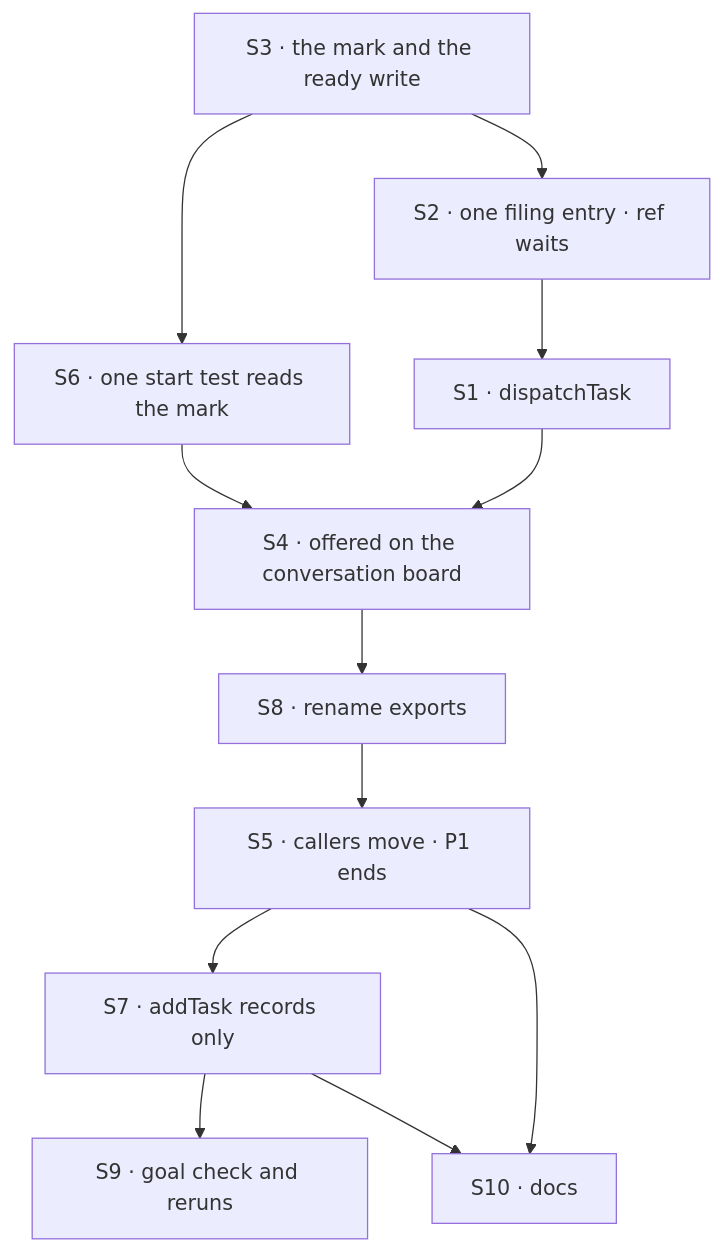
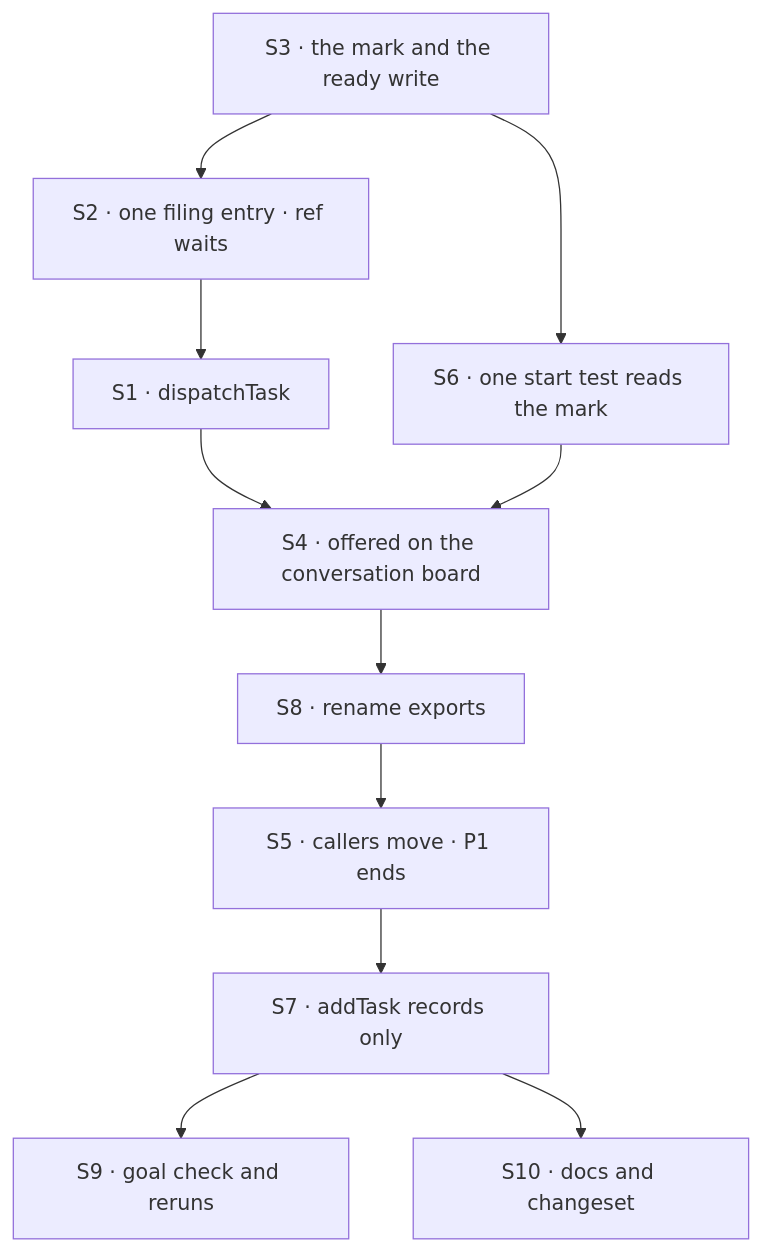
Before and after one commit to fixpoint-labs/flow-state-dev: the diagram in specs/issues/FIX-1875/PLAN.md, drawn with Mermaid. The commit also changed other lines of this file and 5 other files, not shown here.

````diff
--- a/specs/issues/FIX-1875/PLAN.md
+++ b/specs/issues/FIX-1875/PLAN.md
@@ -35,14 +35,13 @@
 ```mermaid
 flowchart TD
   S3["S3 · the mark and the ready write"] --> S6["S6 · one start test reads the mark"]
   S3 --> S2["S2 · one filing entry · ref waits"]
   S2 --> S1["S1 · dispatchTask"]
   S1 --> S4["S4 · offered on the conversation board"]
   S6 --> S4
   S4 --> S8["S8 · rename exports"]
   S8 --> S5["S5 · callers move · P1 ends"]
   S5 --> S7["S7 · addTask records only"]
   S7 --> S9["S9 · goal check and reruns"]
-  S5 --> S10["S10 · docs"]
-  S7 --> S10
+  S7 --> S10["S10 · docs and changeset"]
 ```
````
